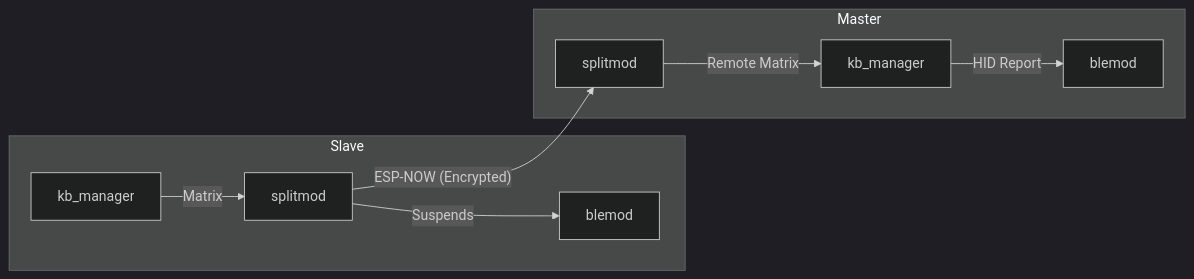
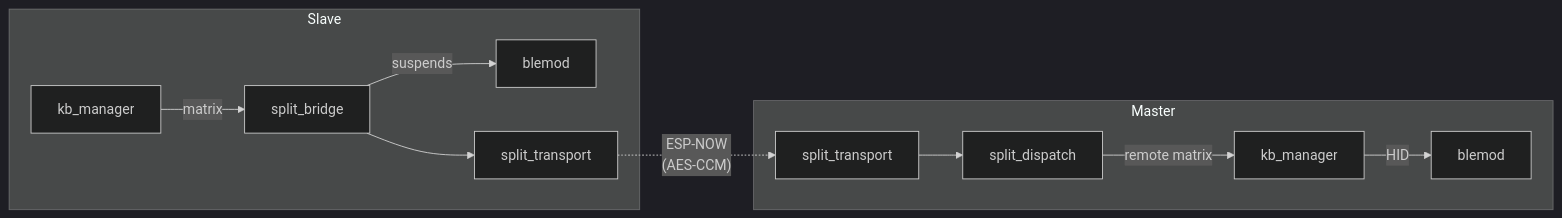
Before and after one commit to frentuka/Tecleados-ESP-Firmware: the diagram in universe/modules/SPLIT_MODULE.md, drawn with Mermaid (dark theme). The commit also changed other lines of this file and 15 other files, not shown here.

````diff
--- a/universe/modules/SPLIT_MODULE.md
+++ b/universe/modules/SPLIT_MODULE.md
@@ -68,13 +118,15 @@
 ```mermaid
 graph LR
     subgraph Slave
-        KB_S[kb_manager] -- Matrix --> S_MOD[splitmod]
-        S_MOD -- Suspends --> BLE_S[blemod]
+        KB_S[kb_manager] -- matrix --> BR_S[split_bridge]
+        BR_S -- suspends --> BLE_S[blemod]
+        BR_S --> TP_S[split_transport]
     end
 
     subgraph Master
-        S_MOD -- "ESP-NOW (Encrypted)" --> M_MOD[splitmod]
-        M_MOD -- Remote Matrix --> KB_M[kb_manager]
-        KB_M -- HID Report --> BLE_M[blemod]
+        TP_S -. "ESP-NOW<br/>(AES-CCM)" .-> TP_M[split_transport]
+        TP_M --> DP_M[split_dispatch]
+        DP_M -- remote matrix --> KB_M[kb_manager]
+        KB_M -- HID --> BLE_M[blemod]
     end
 ```
````
